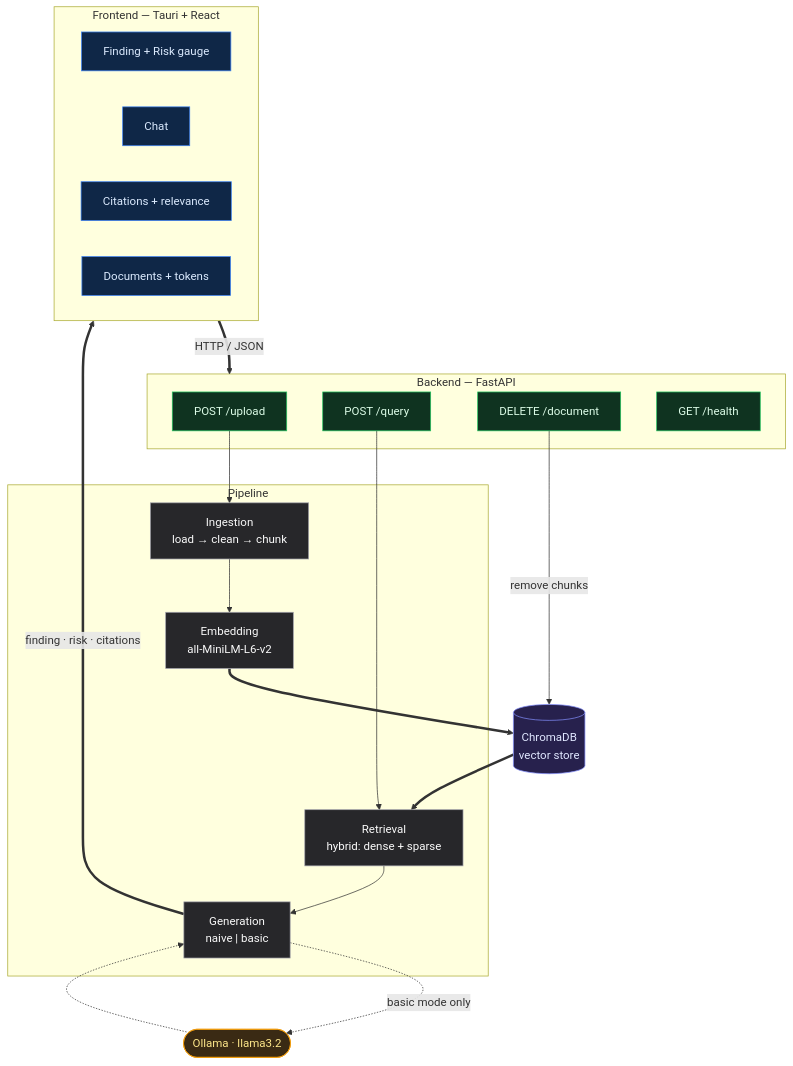
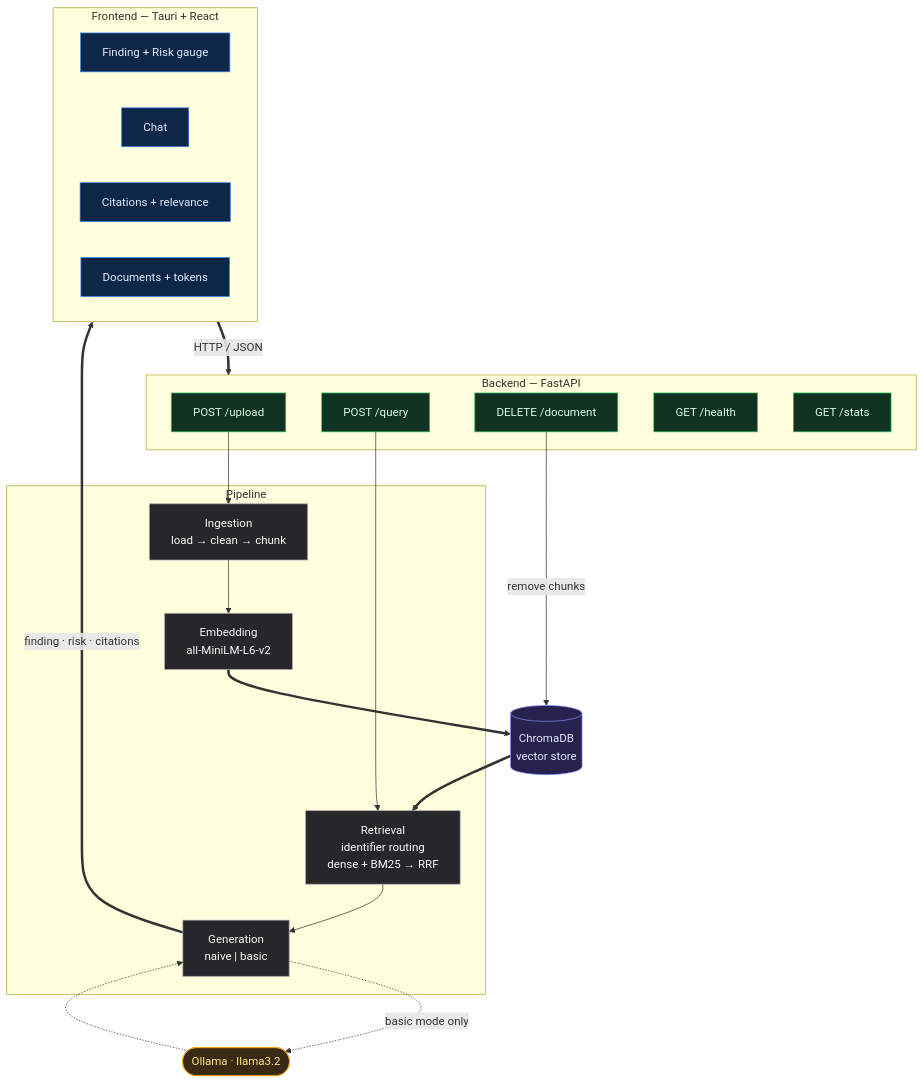
Before and after one commit to JayAlvn/Fraud-Detection-RAG-Pipeline-FRAG-: the diagram in README.md, drawn with Mermaid. The commit also changed other lines of this file, not shown here.

````diff
--- a/README.md
+++ b/README.md
@@ -49,53 +79,54 @@
 ```mermaid
 flowchart TB
     subgraph FE["Frontend — Tauri + React"]
         F1["Finding + Risk gauge"]
         F2["Chat"]
         F3["Citations + relevance"]
         F4["Documents + tokens"]
     end
 
     subgraph BE["Backend — FastAPI"]
         UP["POST /upload"]
         QY["POST /query"]
         DOC["DELETE /document"]
         HL["GET /health"]
+        ST["GET /stats"]
     end
 
     subgraph PL["Pipeline"]
         ING["Ingestion<br/>load → clean → chunk"]
         EMB["Embedding<br/>all-MiniLM-L6-v2"]
-        RET["Retrieval<br/>hybrid: dense + sparse"]
+        RET["Retrieval<br/>identifier routing<br/>dense + BM25 → RRF"]
         GEN["Generation<br/>naive | basic"]
     end
 
     DB[("ChromaDB<br/>vector store")]
     LLM(["Ollama · llama3.2"])
 
     FE ==>|"HTTP / JSON"| BE
 
     UP --> ING
     ING --> EMB
     EMB ==> DB
 
     QY --> RET
     DB ==> RET
     RET --> GEN
     GEN -.->|"basic mode only"| LLM
     LLM -.-> GEN
 
     DOC -->|"remove chunks"| DB
     GEN ==>|"finding · risk · citations"| FE
 
     classDef fe fill:#0f2747,stroke:#3b82f6,color:#dbeafe;
     classDef be fill:#0f3320,stroke:#22c55e,color:#dcfce7;
     classDef pl fill:#27272a,stroke:#a1a1aa,color:#fafafa;
     classDef store fill:#27214d,stroke:#818cf8,color:#e0e7ff;
     classDef model fill:#3a2a14,stroke:#f59e0b,color:#fde68a;
 
     class F1,F2,F3,F4 fe;
-    class UP,QY,DOC,HL be;
+    class UP,QY,DOC,HL,ST be;
     class ING,EMB,RET,GEN pl;
     class DB store;
     class LLM model;
 ```
````
